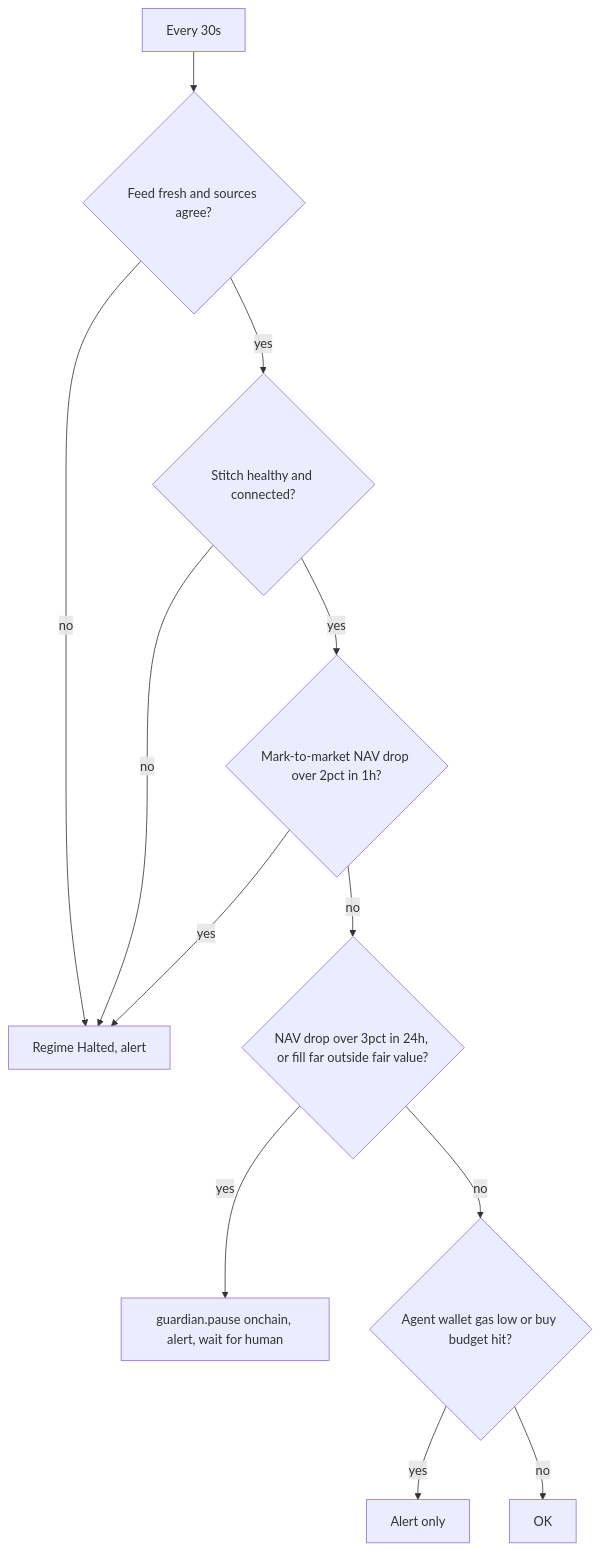
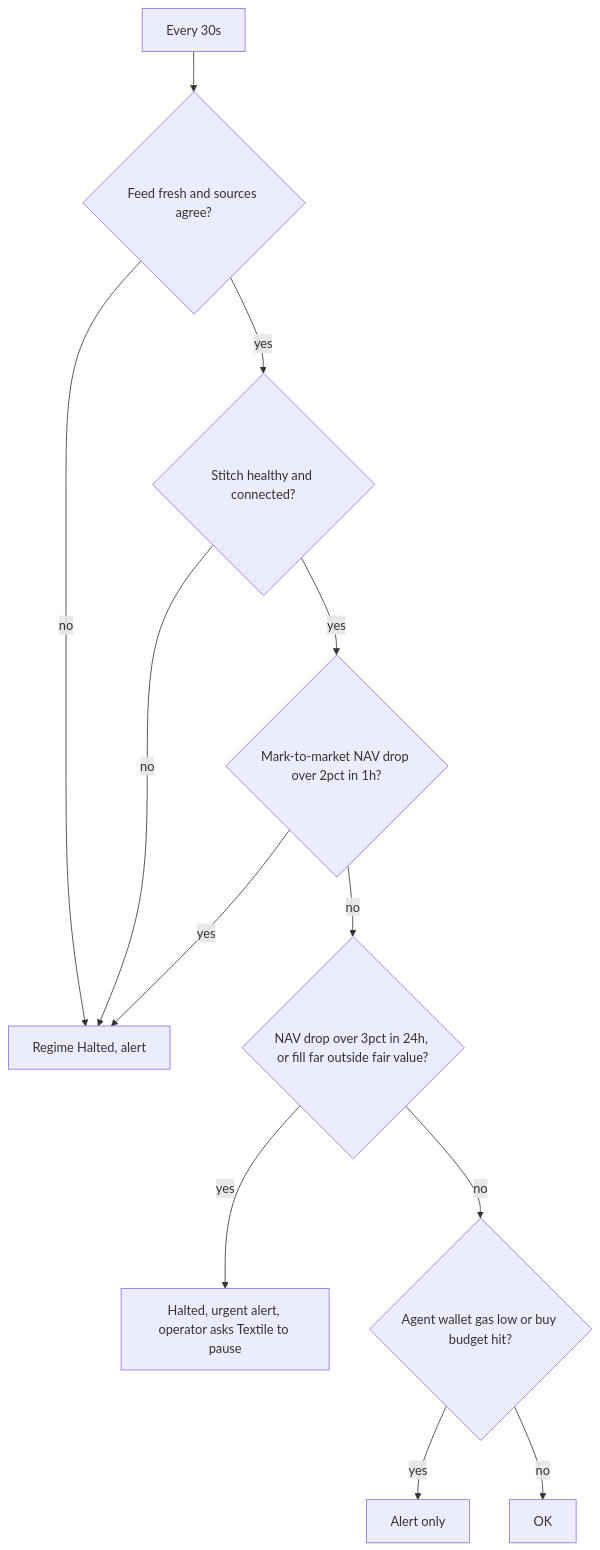
Before and after one commit to Kanasjnr/naira-desk: diagram 11 of 16 in docs/ARCHITECTURE.md, drawn with Mermaid. The commit also changed other lines of this file, not shown here.

````diff
--- a/docs/ARCHITECTURE.md
+++ b/docs/ARCHITECTURE.md
@@ -420,14 +427,14 @@
 ```mermaid
 flowchart TD
   TICK["Every 30s"] --> H1{"Feed fresh and sources agree?"}
   H1 -->|no| HALT1["Regime Halted, alert"]
   H1 -->|yes| H2{"Stitch healthy and connected?"}
   H2 -->|no| HALT1
   H2 -->|yes| H3{"Mark-to-market NAV drop over 2pct in 1h?"}
   H3 -->|yes| HALT1
   H3 -->|no| H4{"NAV drop over 3pct in 24h, or fill far outside fair value?"}
-  H4 -->|yes| PAUSE["guardian.pause onchain, alert, wait for human"]
+  H4 -->|yes| PAUSE["Halted, urgent alert, operator asks Textile to pause"]
   H4 -->|no| H5{"Agent wallet gas low or buy budget hit?"}
   H5 -->|yes| WARN["Alert only"]
   H5 -->|no| OK["OK"]
 ```
````
